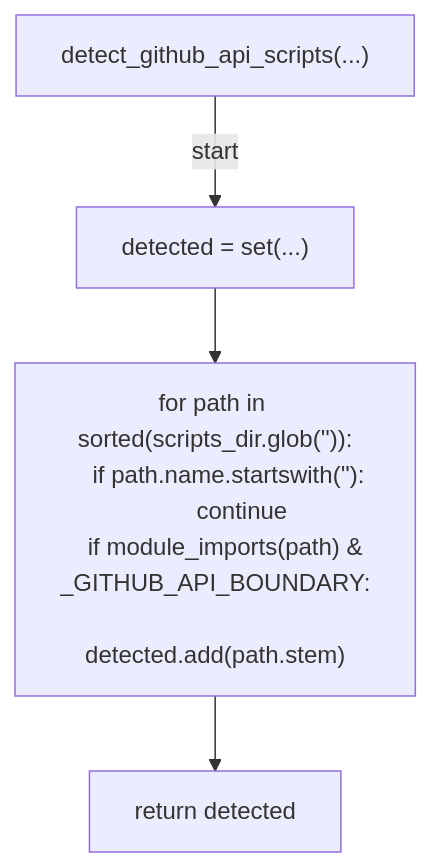
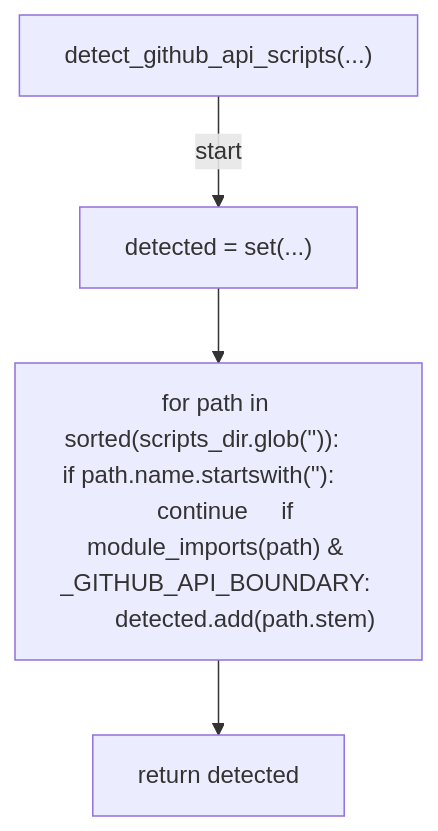
The fifth of 12 diagrams in docs/generated/scripts/ast/scan_test_presence_drift.md (tvna/claude-md), drawn with Mermaid before and after one commit. The commit also changed other lines of this file and 23 other files, not shown here.

First line of the commit message:
docs(generated): regenerate decision tree and workflow diagrams (batch 4/5)

````diff
--- a/docs/generated/scripts/ast/scan_test_presence_drift.md
+++ b/docs/generated/scripts/ast/scan_test_presence_drift.md
@@ -66,14 +62,10 @@
 ```mermaid
 flowchart TD
     N001["detect_github_api_scripts(...)"]
     N002["detected = set(...)"]
-    N003["for path in sorted(scripts_dir.glob('<str>')):
-    if path.name.startswith('<str>'):
-        continue
-    if module_imports(path) & _GITHUB_API_BOUNDARY:
-        detected.add(path.stem)"]
+    N003["for path in sorted(scripts_dir.glob('<str>')):     if path.name.startswith('<str>'):         continue     if module_imports(path) & _GITHUB_API_BOUNDARY:         detected.add(path.stem)"]
     N004["return detected"]
     N001 -->|"start"| N002
     N002 --> N003
     N003 --> N004
 ```
````
